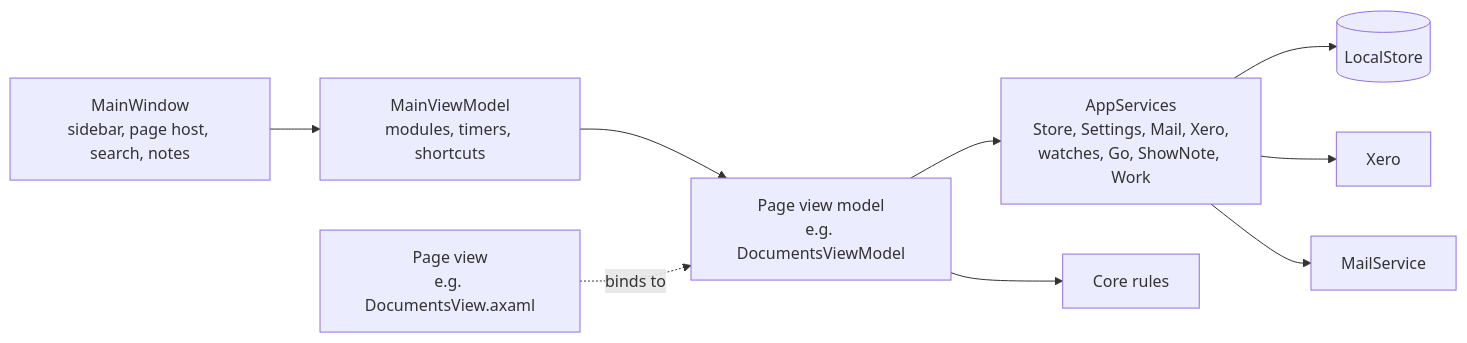
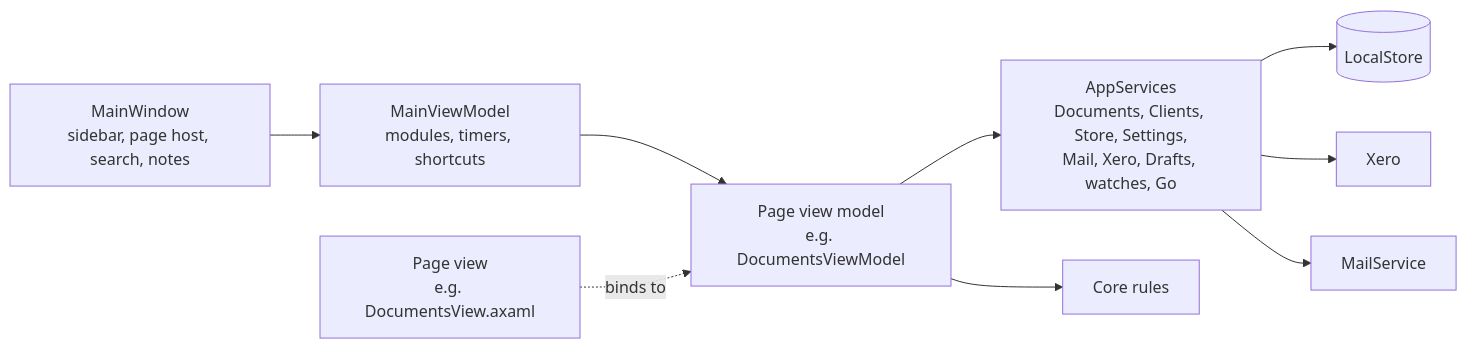
Before and after one commit to EdWebIgnite/Webignite-Desktop: the fifth of 9 diagrams in docs/architecture.md, drawn with Mermaid. The commit also changed other lines of this file and 34 other files, not shown here.

````diff
--- a/docs/architecture.md
+++ b/docs/architecture.md
@@ -143,18 +143,18 @@
 ```mermaid
 flowchart LR
     window["MainWindow<br/>sidebar, page host, search, notes"]
     main["MainViewModel<br/>modules, timers, shortcuts"]
     page["Page view model<br/>e.g. DocumentsViewModel"]
     view["Page view<br/>e.g. DocumentsView.axaml"]
-    services["AppServices<br/>Store, Settings, Mail, Xero,<br/>watches, Go, ShowNote, Work"]
+    services["AppServices<br/>Documents, Clients, Store, Settings,<br/>Mail, Xero, Drafts, watches, Go"]
     core["Core rules"]
 
     window --> main
     main --> page
     view -. binds to .-> page
     page --> core
     page --> services
     services --> store[("LocalStore")]
     services --> xeroS["Xero"]
     services --> mailS["MailService"]
 ```
````
